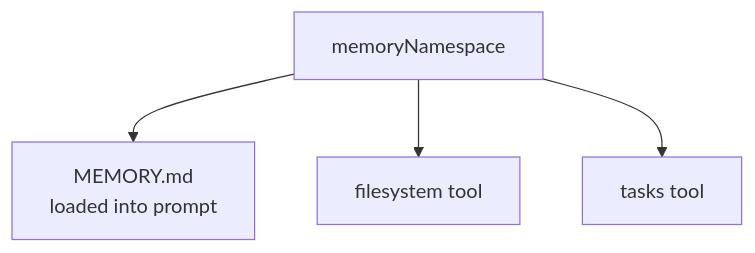
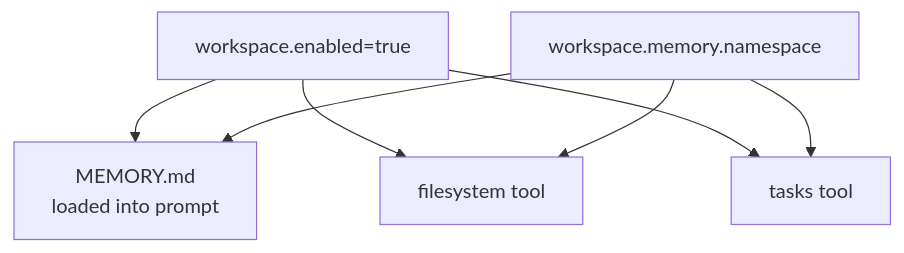
The fifth of 6 diagrams in docs/memory-and-session.md (beeblastco/filthy-panty), drawn with Mermaid before and after one commit. The commit also changed other lines of this file and 36 other files, not shown here.

First line of the commit message:
refactor: workspace config, session management, and tool architecture

````diff
--- a/docs/memory-and-session.md
+++ b/docs/memory-and-session.md
@@ -70,6 +75,9 @@
 ```mermaid
 flowchart TD
-  Namespace["memoryNamespace"] --> Prompt["MEMORY.md<br/>loaded into prompt"]
-  Namespace --> Fs["filesystem tool"]
-  Namespace --> Tasks["tasks tool"]
+  Workspace["workspace.enabled=true"] --> Prompt["MEMORY.md<br/>loaded into prompt"]
+  Workspace --> Fs["filesystem tool"]
+  Workspace --> Tasks["tasks tool"]
+  Namespace["workspace.memory.namespace"] --> Prompt
+  Namespace --> Fs
+  Namespace --> Tasks
 ```
````
